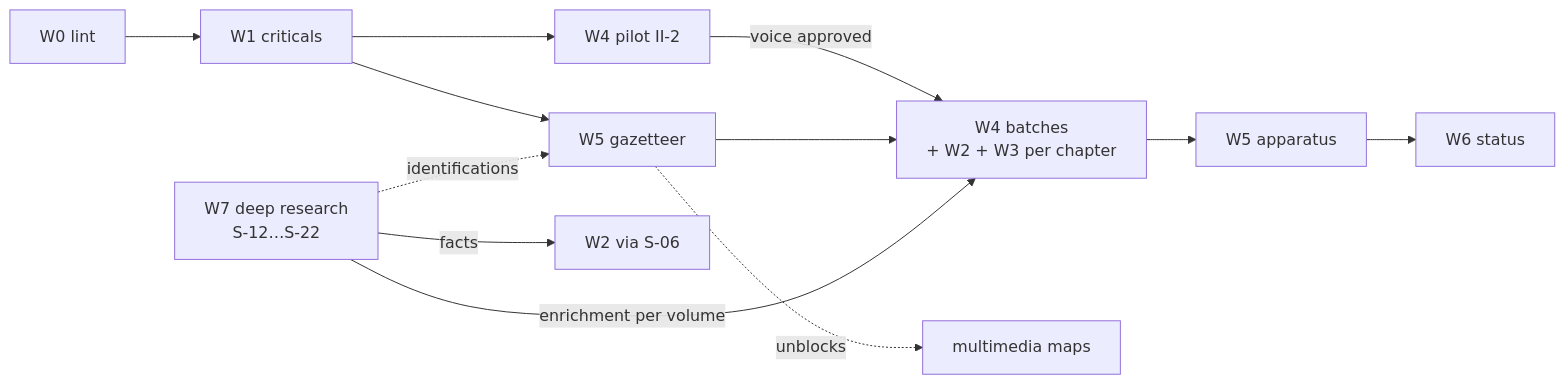
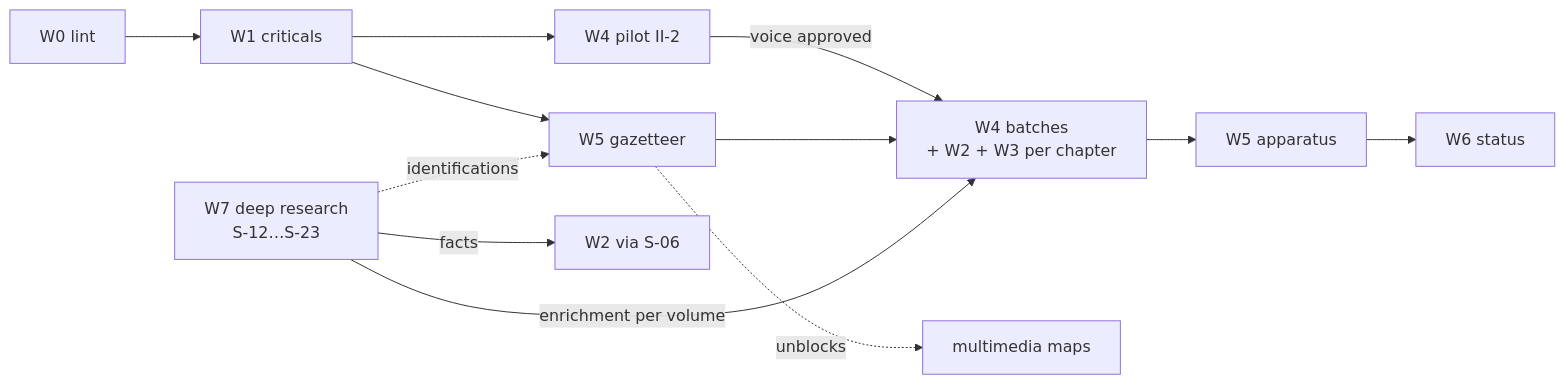
The diagram in book/plans/content-revision-plan.md (Israel-Laguan/marco-polo-reimagined), drawn with Mermaid before and after one commit. The commit also changed other lines of this file and 3 other files, not shown here.

First line of the commit message:
S-23: deep-research spike to scout more media visual references

````diff
--- a/book/plans/content-revision-plan.md
+++ b/book/plans/content-revision-plan.md
@@ -170,14 +170,14 @@
 ```mermaid
 flowchart LR
   W0[W0 lint] --> W1[W1 criticals]
   W1 --> W5g[W5 gazetteer]
   W1 --> P[W4 pilot II-2]
   P -->|voice approved| B[W4 batches<br/>+ W2 + W3 per chapter]
   W5g --> B
   B --> W5[W5 apparatus]
   W5 --> W6[W6 status]
   W5g -.unblocks.-> M[multimedia maps]
-  W7[W7 deep research<br/>S-12…S-22] -->|facts| W2[W2 via S-06]
+  W7[W7 deep research<br/>S-12…S-23] -->|facts| W2[W2 via S-06]
   W7 -->|enrichment per volume| B
   W7 -.identifications.-> W5g
 ```
````
